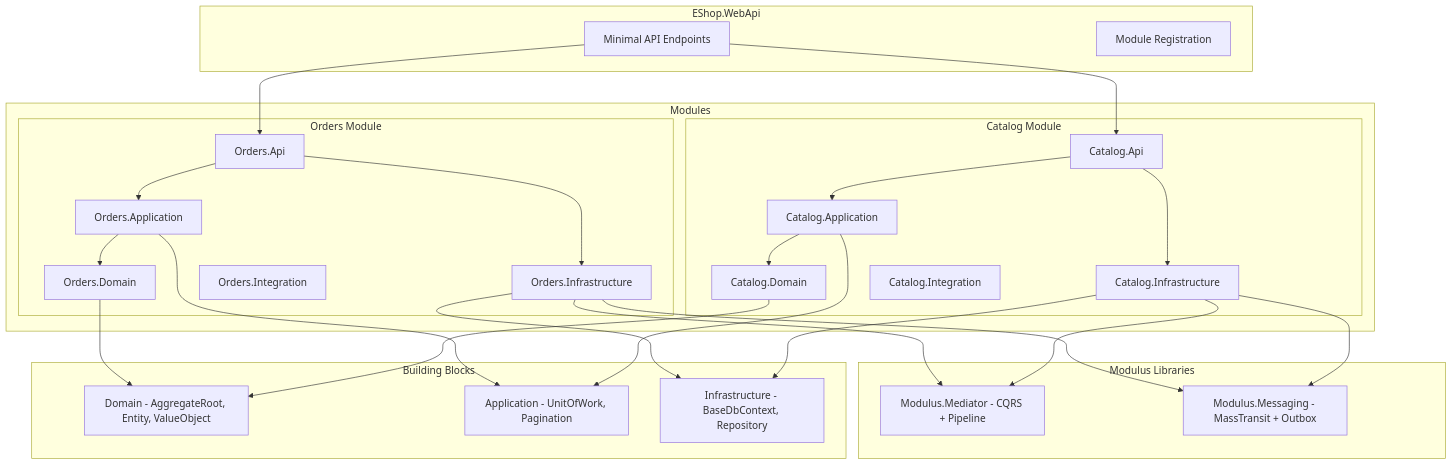
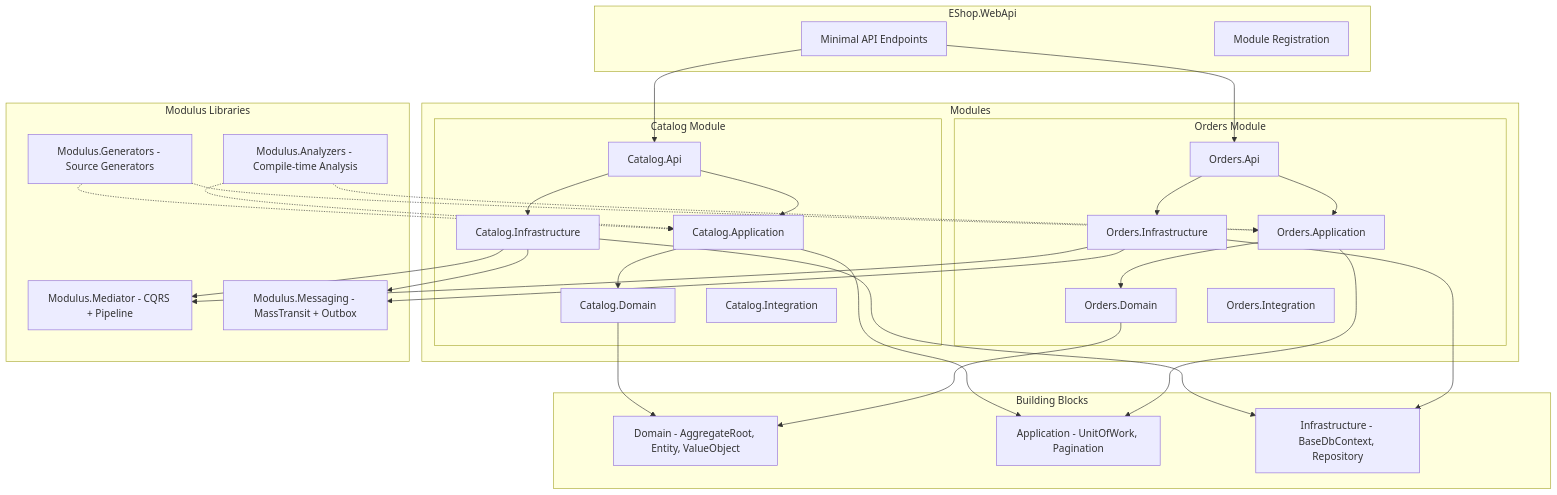
The first of 2 diagrams in docs/architecture/index.md (AdamWyatt34/Modulus), drawn with Mermaid before and after one commit. The commit also changed other lines of this file and 77 other files, not shown here.

````diff
--- a/docs/architecture/index.md
+++ b/docs/architecture/index.md
@@ -44,41 +44,45 @@
 ```mermaid
 graph TB
     subgraph Host["EShop.WebApi"]
         API[Minimal API Endpoints]
         REG[Module Registration]
     end
     subgraph Modules
         subgraph Catalog["Catalog Module"]
             CA[Catalog.Api]
             CAP[Catalog.Application]
             CD[Catalog.Domain]
             CI[Catalog.Infrastructure]
             CINT[Catalog.Integration]
         end
         subgraph Orders["Orders Module"]
             OA[Orders.Api]
             OAP[Orders.Application]
             OD[Orders.Domain]
             OI[Orders.Infrastructure]
             OINT[Orders.Integration]
         end
     end
     subgraph BuildingBlocks["Building Blocks"]
         BB_D[Domain - AggregateRoot, Entity, ValueObject]
         BB_A[Application - UnitOfWork, Pagination]
         BB_I[Infrastructure - BaseDbContext, Repository]
     end
     subgraph Libraries["Modulus Libraries"]
         MED[Modulus.Mediator - CQRS + Pipeline]
         MSG[Modulus.Messaging - MassTransit + Outbox]
+        GEN[Modulus.Generators - Source Generators]
+        ANZ[Modulus.Analyzers - Compile-time Analysis]
     end
     API --> CA & OA
     CA --> CAP --> CD
     CA --> CI
     OA --> OAP --> OD
     OA --> OI
     CI & OI --> MED & MSG
     CD & OD --> BB_D
     CAP & OAP --> BB_A
     CI & OI --> BB_I
+    GEN -.-> CAP & OAP
+    ANZ -.-> CAP & OAP
 ```
````
